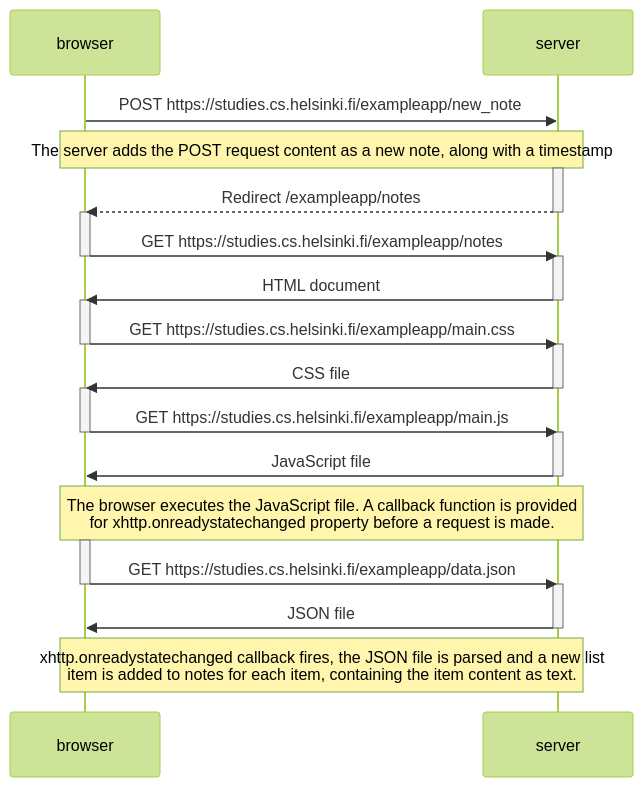
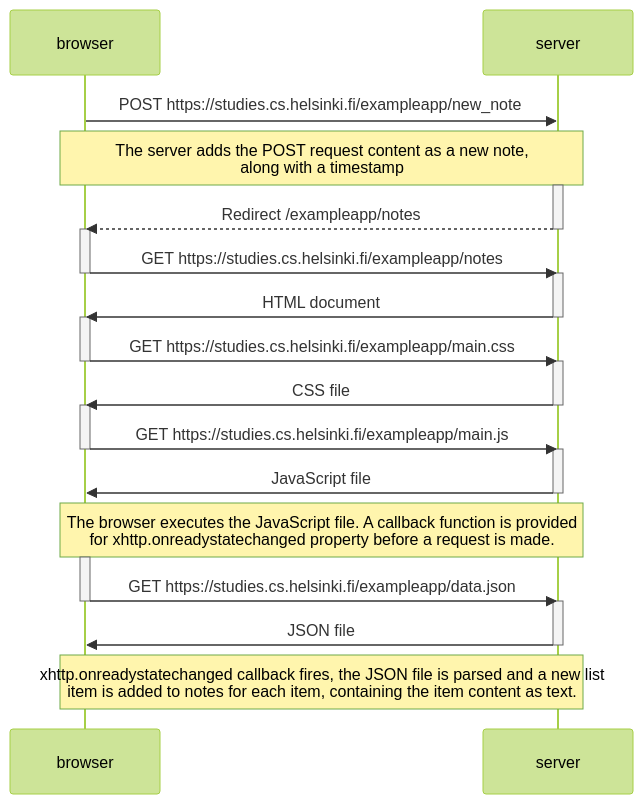
The first of 2 diagrams in osa0/README.md (Willowfang/FullStackOpen), drawn with Mermaid (forest theme) before and after one commit. The commit also changed other lines of this file, not shown here.

````diff
--- a/osa0/README.md
+++ b/osa0/README.md
@@ -3,48 +3,48 @@
 ```mermaid
 sequenceDiagram
     participant browser
     participant server
 
     browser->>server: POST https://studies.cs.helsinki.fi/exampleapp/new_note
-    Note over browser,server: The server adds the POST request content as a new note, along with a timestamp
+    Note over browser,server: The server adds the POST request content as a new note,<br/>along with a timestamp
 
     activate server
     server-->>browser: Redirect /exampleapp/notes
     deactivate server
 
     activate browser
     browser->>server: GET https://studies.cs.helsinki.fi/exampleapp/notes
     deactivate browser
 
     activate server
     server->>browser: HTML document
     deactivate server
 
     activate browser
     browser->>server: GET https://studies.cs.helsinki.fi/exampleapp/main.css
     deactivate browser
 
     activate server
     server->>browser: CSS file
     deactivate server
 
     activate browser
     browser->>server: GET https://studies.cs.helsinki.fi/exampleapp/main.js
     deactivate browser
 
     activate server
     server->>browser: JavaScript file
     deactivate server
 
     Note over browser,server: The browser executes the JavaScript file. A callback function is provided<br/>for xhttp.onreadystatechanged property before a request is made.
 
     activate browser
     browser->>server: GET https://studies.cs.helsinki.fi/exampleapp/data.json
     deactivate browser
 
     activate server
     server->>browser: JSON file
     deactivate server
 
     Note over browser,server: xhttp.onreadystatechanged callback fires, the JSON file is parsed and a new list<br/>item is added to notes for each item, containing the item content as text.
 ```
````
